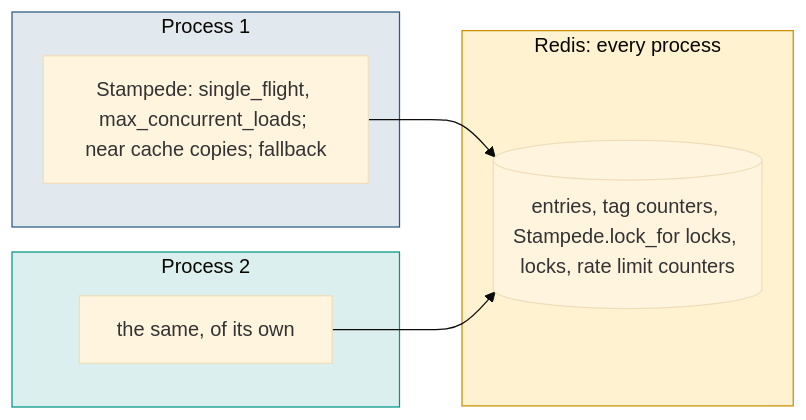
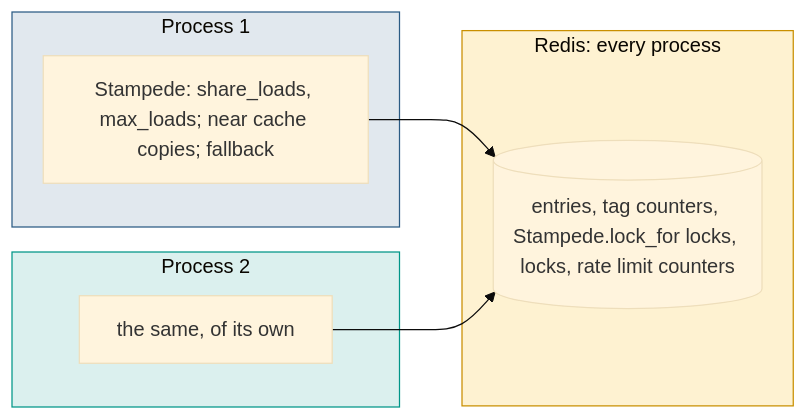
Before and after one commit to eugeneliukindev/pashe: the second of 2 diagrams in docs/concepts.md, drawn with Mermaid (base theme). The commit also changed other lines of this file and 161 other files, not shown here.

````diff
--- a/docs/concepts.md
+++ b/docs/concepts.md
@@ -65,17 +62,17 @@
 ```mermaid
 flowchart LR
     subgraph p1["Process 1"]
-        one["Stampede: single_flight, max_concurrent_loads; near cache copies; fallback"]
+        one["Stampede: share_loads, max_loads; near cache copies; fallback"]
     end
     subgraph p2["Process 2"]
         two["the same, of its own"]
     end
     subgraph shared["Redis: every process"]
         redis[("entries, tag counters, Stampede.lock_for locks, locks, rate limit counters")]
     end
     one --> redis
     two --> redis
     style p1 fill:#2b5b8424,stroke:#2b5b84
     style p2 fill:#00968824,stroke:#009688
     style shared fill:#f7b5002e,stroke:#c98f00
 ```
````
